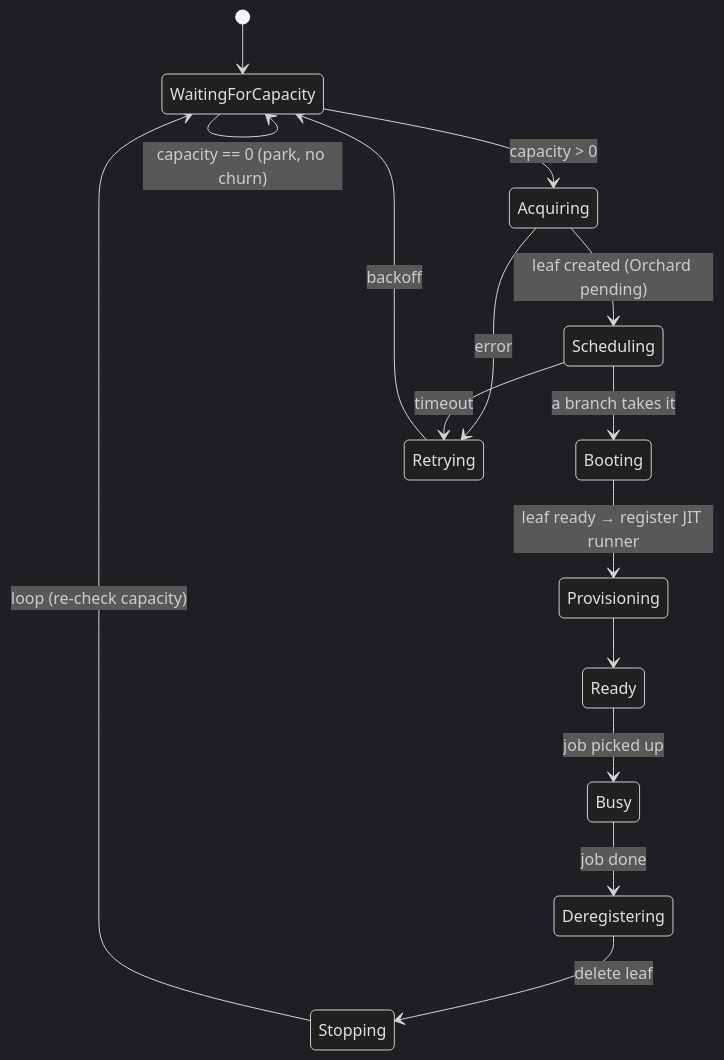
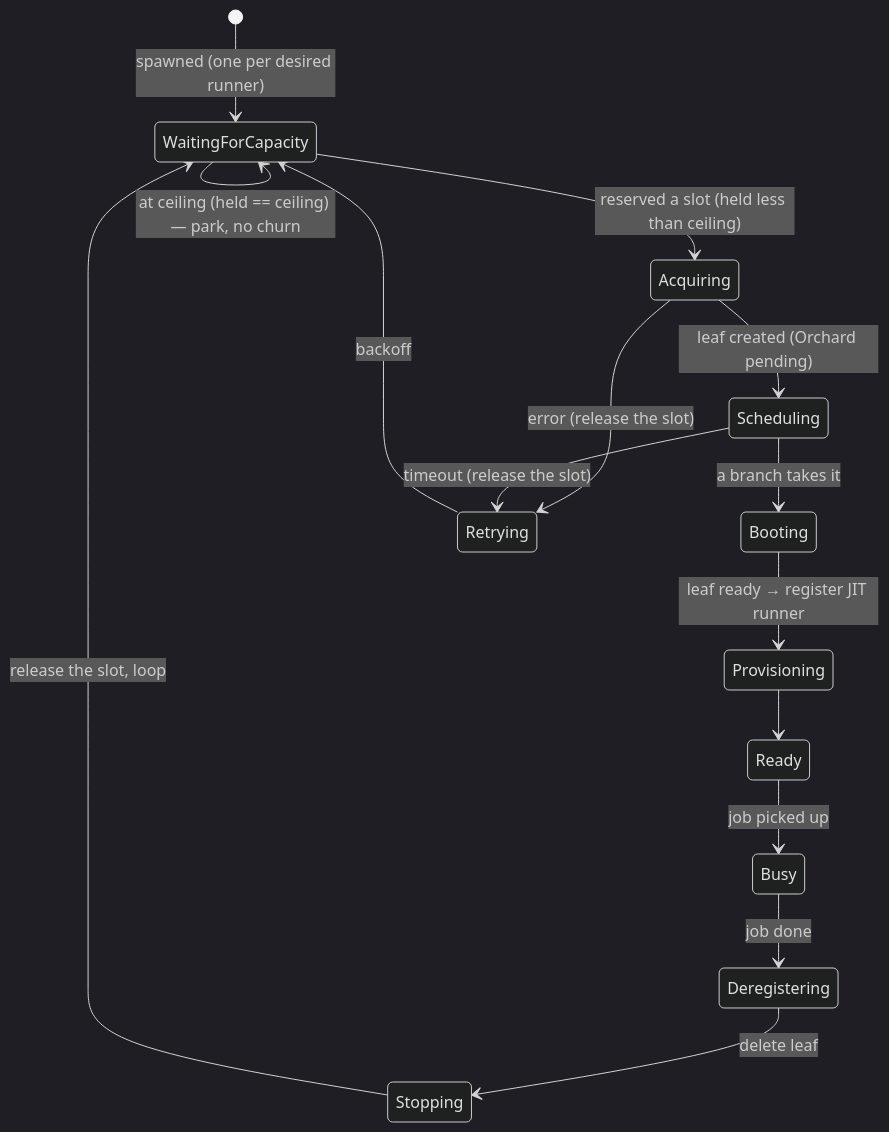
One commit to Arborist-sh/graft changed the seventh of 13 diagrams in docs/design/lifecycle-and-failures.md. Above: the diagram before and after it, drawn with Mermaid (dark theme). The commit also changed other lines of this file and 11 other files, not shown here.

````diff
--- a/docs/design/lifecycle-and-failures.md
+++ b/docs/design/lifecycle-and-failures.md
@@ -254,17 +267,17 @@
 ```mermaid
 stateDiagram-v2
-    [*] --> WaitingForCapacity
-    WaitingForCapacity --> WaitingForCapacity: capacity == 0 (park, no churn)
-    WaitingForCapacity --> Acquiring: capacity > 0
+    [*] --> WaitingForCapacity: spawned (one per desired runner)
+    WaitingForCapacity --> WaitingForCapacity: at ceiling (held == ceiling) — park, no churn
+    WaitingForCapacity --> Acquiring: reserved a slot (held less than ceiling)
     Acquiring --> Scheduling: leaf created (Orchard pending)
     Scheduling --> Booting: a branch takes it
     Booting --> Provisioning: leaf ready → register JIT runner
     Provisioning --> Ready
     Ready --> Busy: job picked up
     Busy --> Deregistering: job done
     Deregistering --> Stopping: delete leaf
-    Stopping --> WaitingForCapacity: loop (re-check capacity)
-    Acquiring --> Retrying: error
-    Scheduling --> Retrying: timeout
+    Stopping --> WaitingForCapacity: release the slot, loop
+    Acquiring --> Retrying: error (release the slot)
+    Scheduling --> Retrying: timeout (release the slot)
     Retrying --> WaitingForCapacity: backoff
 ```
````
